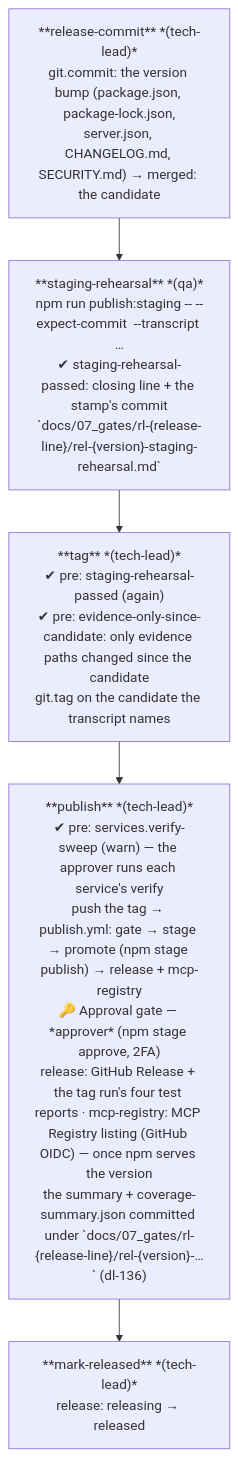
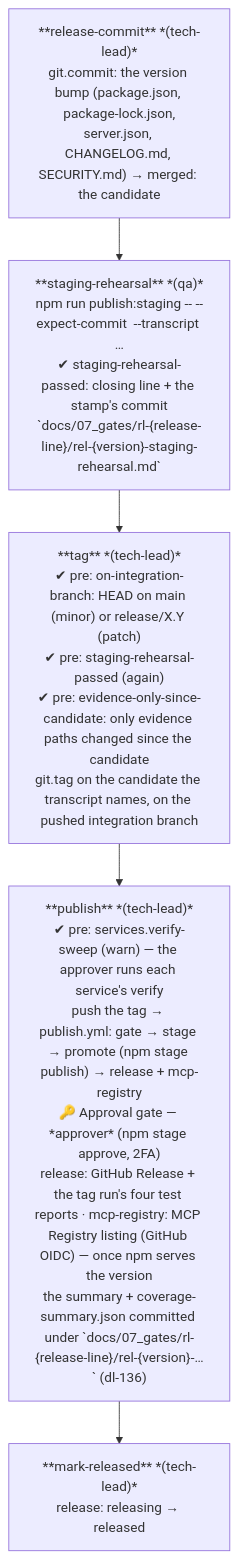
Diagram 15 of 29 in .wingfoil/WORKFLOW.md (wingfoil/wingfoil), drawn with Mermaid before and after one commit. The commit also changed other lines of this file and 7 other files, not shown here.

First line of the commit message:
feat(workflow): task-288 — dev-loop and release-publishing name the release's integration branch, derived by scripts/integration-branch.cjs

````diff
--- a/.wingfoil/WORKFLOW.md
+++ b/.wingfoil/WORKFLOW.md
@@ -408,10 +417,10 @@
 ```mermaid
 flowchart TD
     RC["**release-commit** *(tech-lead)*\ngit.commit: the version bump (package.json, package-lock.json,\nserver.json, CHANGELOG.md, SECURITY.md) → merged: the candidate"]
     SR["**staging-rehearsal** *(qa)*\nnpm run publish:staging -- --expect-commit <candidate> --transcript …\n✔ staging-rehearsal-passed: closing line + the stamp's commit\n`docs/07_gates/rl-{release-line}/rel-{version}-staging-rehearsal.md`"]
-    TG["**tag** *(tech-lead)*\n✔ pre: staging-rehearsal-passed (again)\n✔ pre: evidence-only-since-candidate: only evidence paths changed since the candidate\ngit.tag on the candidate the transcript names"]
+    TG["**tag** *(tech-lead)*\n✔ pre: on-integration-branch: HEAD on main (minor) or release/X.Y (patch)\n✔ pre: staging-rehearsal-passed (again)\n✔ pre: evidence-only-since-candidate: only evidence paths changed since the candidate\ngit.tag on the candidate the transcript names, on the pushed integration branch"]
     PB["**publish** *(tech-lead)*\n✔ pre: services.verify-sweep (warn) — the approver runs each service's verify\npush the tag → publish.yml: gate → stage → promote (npm stage publish) → release + mcp-registry\n🔑 Approval gate — *approver* (npm stage approve, 2FA)\nrelease: GitHub Release + the tag run's four test reports · mcp-registry: MCP Registry listing (GitHub OIDC) — once npm serves the version\nthe summary + coverage-summary.json committed under `docs/07_gates/rl-{release-line}/rel-{version}-…` (dl-136)"]
     MR["**mark-released** *(tech-lead)*\nrelease: releasing → released"]
 
     RC --> SR --> TG --> PB --> MR
 ```
````
